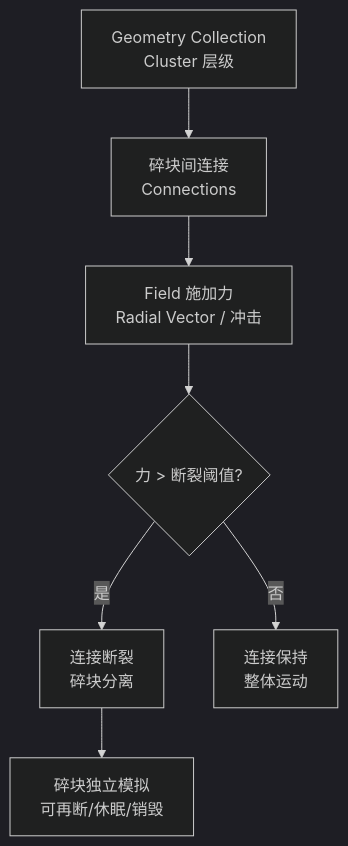
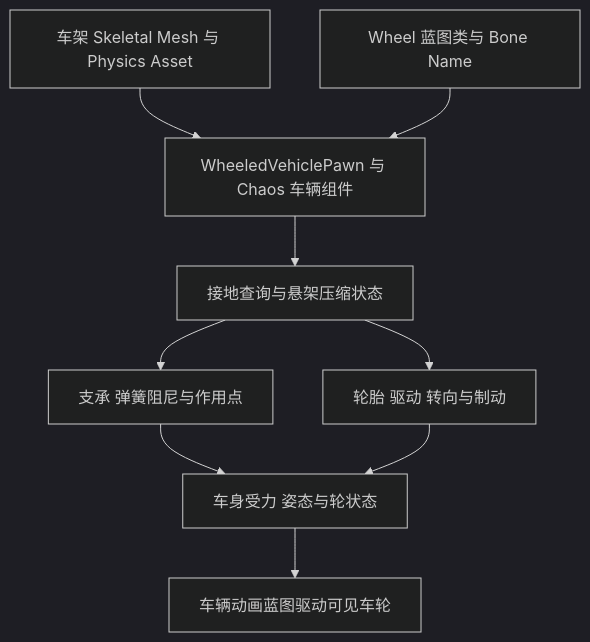
Before and after one commit to fantuan812/learning: the fifth of 5 diagrams in 知识/04-图形动画与物理仿真/物理求解与动力学/03-物理约束与关节.md, drawn with Mermaid (dark theme). The commit also changed other lines of this file and 2 other files, not shown here.

````diff
--- a/知识/04-图形动画与物理仿真/物理求解与动力学/03-物理约束与关节.md
+++ b/知识/04-图形动画与物理仿真/物理求解与动力学/03-物理约束与关节.md
@@ -184,9 +428,11 @@
 ```mermaid
 flowchart TB
-    A[Geometry Collection<br/>Cluster 层级] --> B[碎块间连接<br/>Connections]
-    B --> C[Field 施加力<br/>Radial Vector / 冲击]
-    C --> D{力 > 断裂阈值?}
-    D -- 是 --> E[连接断裂<br/>碎块分离]
-    E --> F[碎块独立模拟<br/>可再断/休眠/销毁]
-    D -- 否 --> G[连接保持<br/>整体运动]
+    A[车架 Skeletal Mesh 与 Physics Asset] --> B[WheeledVehiclePawn 与 Chaos 车辆组件]
+    C[Wheel 蓝图类与 Bone Name] --> B
+    B --> D[接地查询与悬架压缩状态]
+    D --> E[支承 弹簧阻尼与作用点]
+    D --> F[轮胎 驱动 转向与制动]
+    E --> G[车身受力 姿态与轮状态]
+    F --> G
+    G --> H[车辆动画蓝图驱动可见车轮]
 ```
````
